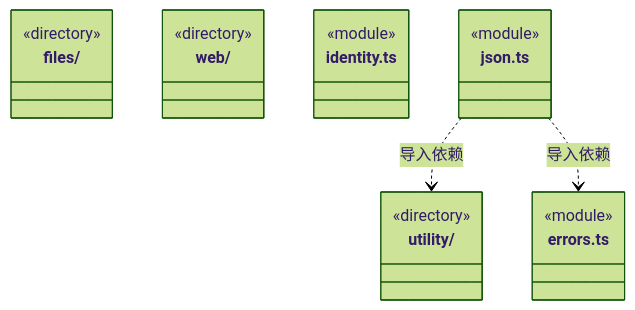
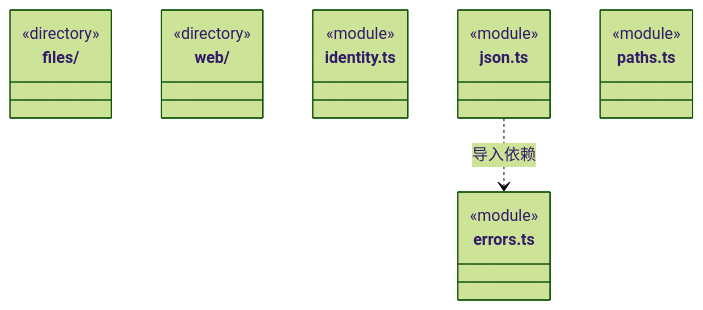
Before and after one commit to nan023062/cbim: the first of 5 diagrams in src/backend/core/foundation/ARCHITECTURE.md, drawn with Mermaid (forest theme). The commit also changed other lines of this file and 124 other files, not shown here.

````diff
--- a/src/backend/core/foundation/ARCHITECTURE.md
+++ b/src/backend/core/foundation/ARCHITECTURE.md
@@ -21,23 +21,22 @@
 ```mermaid
 classDiagram
 class N_src_backend_core_foundation_files["files/"] {
-  <<directory>>
-}
-class N_src_backend_core_foundation_utility["utility/"] {
   <<directory>>
 }
 class N_src_backend_core_foundation_web["web/"] {
   <<directory>>
 }
 class N_src_backend_core_foundation_errors_ts["errors.ts"] {
   <<module>>
 }
 class N_src_backend_core_foundation_identity_ts["identity.ts"] {
   <<module>>
 }
 class N_src_backend_core_foundation_json_ts["json.ts"] {
   <<module>>
 }
-N_src_backend_core_foundation_json_ts ..> N_src_backend_core_foundation_utility : 导入依赖
+class N_src_backend_core_foundation_paths_ts["paths.ts"] {
+  <<module>>
+}
 N_src_backend_core_foundation_json_ts ..> N_src_backend_core_foundation_errors_ts : 导入依赖
 ```
````
